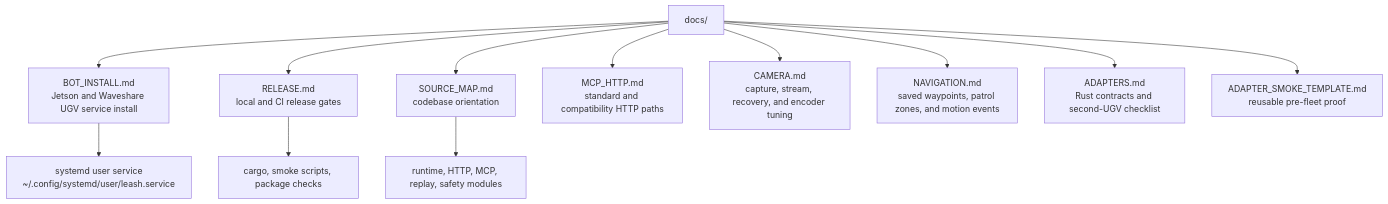
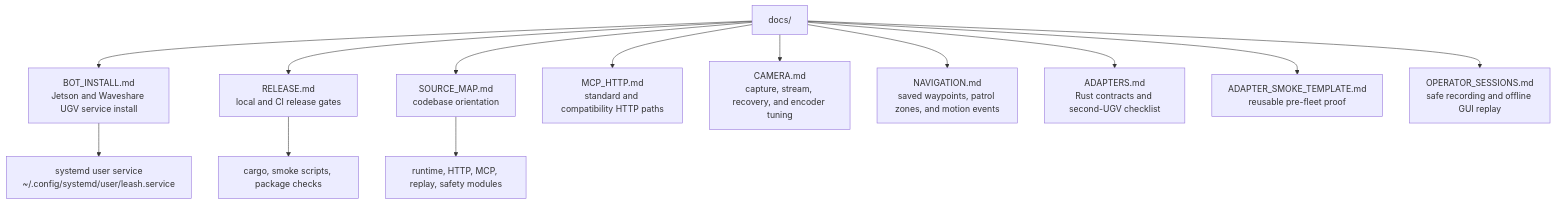
Before and after one commit to specdog/leash: the diagram in docs/README.md, drawn with Mermaid. The commit also changed other lines of this file and 17 other files, not shown here.

First line of the commit message:
Add offline operator session replay

````diff
--- a/docs/README.md
+++ b/docs/README.md
@@ -5,15 +5,16 @@
 ```mermaid
 flowchart TB
   docs["docs/"] --> bot["BOT_INSTALL.md\nJetson and Waveshare UGV service install"]
   docs --> release["RELEASE.md\nlocal and CI release gates"]
   docs --> source["SOURCE_MAP.md\ncodebase orientation"]
   docs --> mcp["MCP_HTTP.md\nstandard and compatibility HTTP paths"]
   docs --> camera["CAMERA.md\ncapture, stream, recovery, and encoder tuning"]
   docs --> navigation["NAVIGATION.md\nsaved waypoints, patrol zones, and motion events"]
   docs --> adapters["ADAPTERS.md\nRust contracts and second-UGV checklist"]
   docs --> adapterSmoke["ADAPTER_SMOKE_TEMPLATE.md\nreusable pre-fleet proof"]
+  docs --> sessions["OPERATOR_SESSIONS.md\nsafe recording and offline GUI replay"]
 
   bot --> service["systemd user service\n~/.config/systemd/user/leash.service"]
   release --> proof["cargo, smoke scripts, package checks"]
   source --> modules["runtime, HTTP, MCP, replay, safety modules"]
 ```
````
